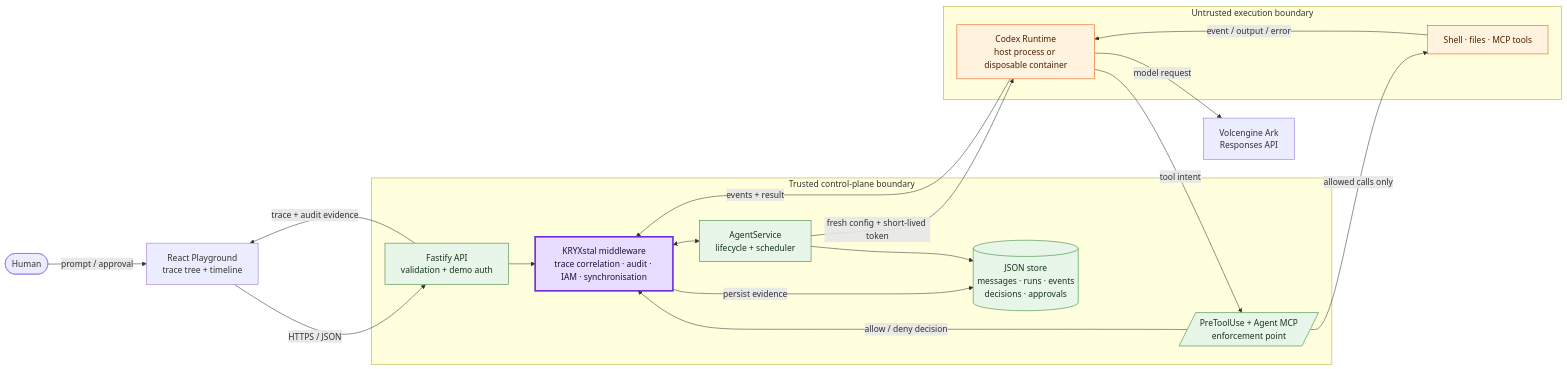
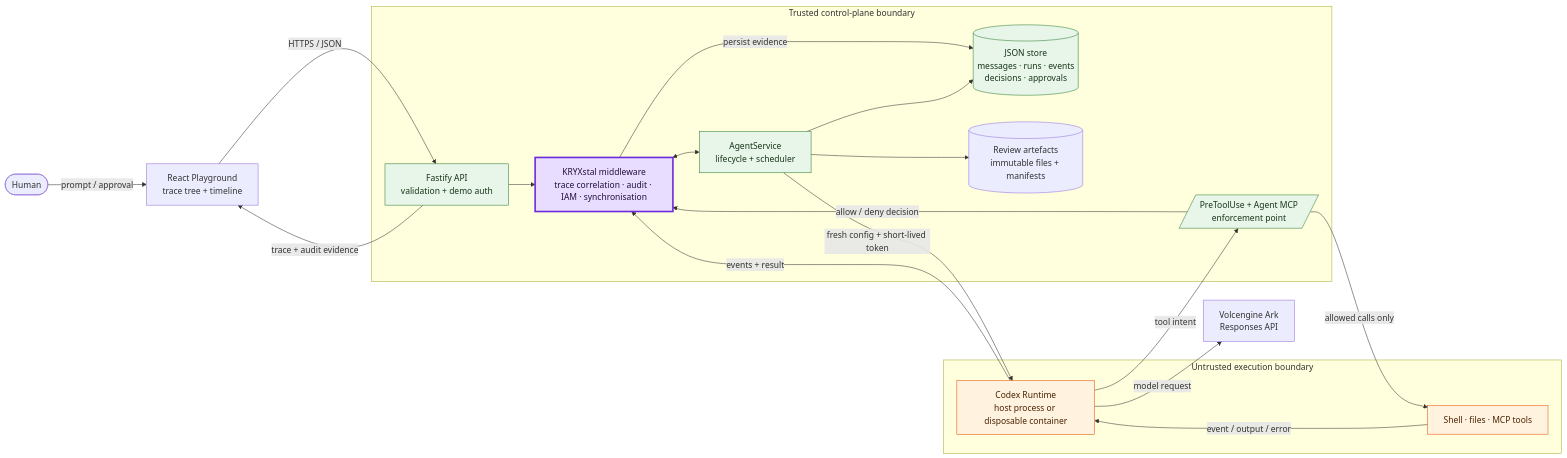
Before and after one commit to bipplane/KRYXstal: the diagram in README.md, drawn with Mermaid. The commit also changed other lines of this file and 5 other files, not shown here.

````diff
--- a/README.md
+++ b/README.md
@@ -30,40 +30,42 @@
 ```mermaid
 flowchart LR
     Human([Human]) -->|prompt / approval| UI[React Playground<br/>trace tree + timeline]
 
     subgraph TB["Trusted control-plane boundary"]
         API[Fastify API<br/>validation + demo auth]
         K["KRYXstal middleware<br/>trace correlation · audit · IAM · synchronisation"]
         Service[AgentService<br/>lifecycle + scheduler]
         Store[(JSON store<br/>messages · runs · events<br/>decisions · approvals)]
+        Artifacts[(Review artefacts<br/>immutable files + manifests)]
         Hook[/PreToolUse + Agent MCP<br/>enforcement point/]
 
         API --> K
         K <--> Service
         K -->|persist evidence| Store
         Service --> Store
+        Service --> Artifacts
         Hook -->|allow / deny decision| K
     end
 
     UI -->|HTTPS / JSON| API
     API -->|trace + audit evidence| UI
     Service -->|fresh config + short-lived token| Runtime
 
     subgraph RB["Untrusted execution boundary"]
         Runtime[Codex Runtime<br/>host process or disposable container]
         Tools[Shell · files · MCP tools]
         Runtime -->|tool intent| Hook
         Hook -->|allowed calls only| Tools
     end
 
     Runtime -->|model request| Ark[Volcengine Ark<br/>Responses API]
     Runtime -->|events + result| K
     Tools -->|event / output / error| Runtime
 
     classDef middleware fill:#e8ddff,stroke:#6d28d9,stroke-width:3px,color:#24103f;
     classDef trust fill:#e8f5e9,stroke:#2e7d32,color:#17351a;
     classDef untrusted fill:#fff3e0,stroke:#e65100,color:#4a2100;
     class K middleware;
     class API,Service,Store,Hook trust;
     class Runtime,Tools untrusted;
 ```
````
